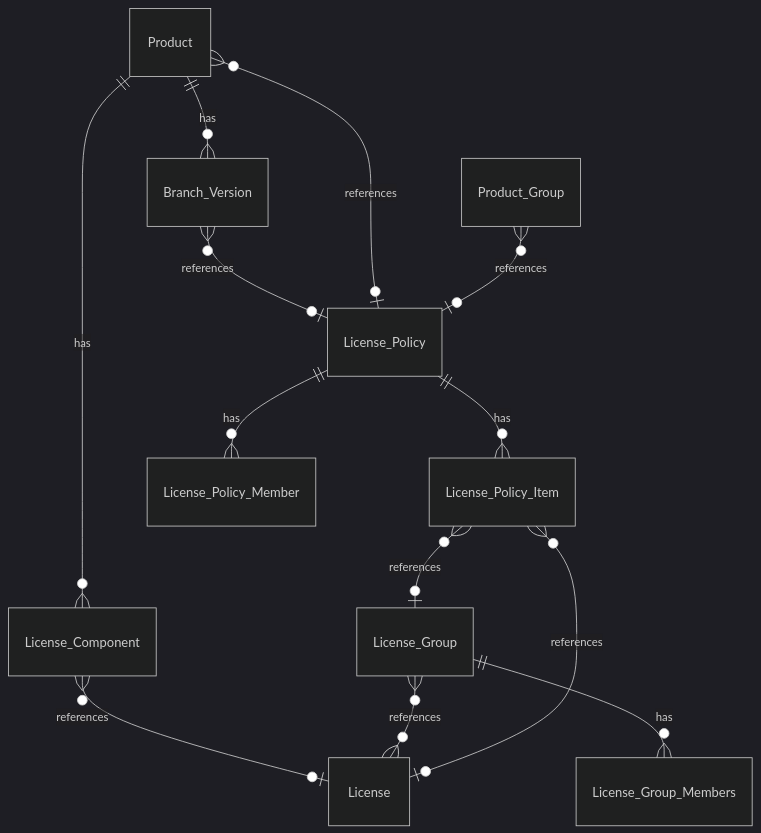
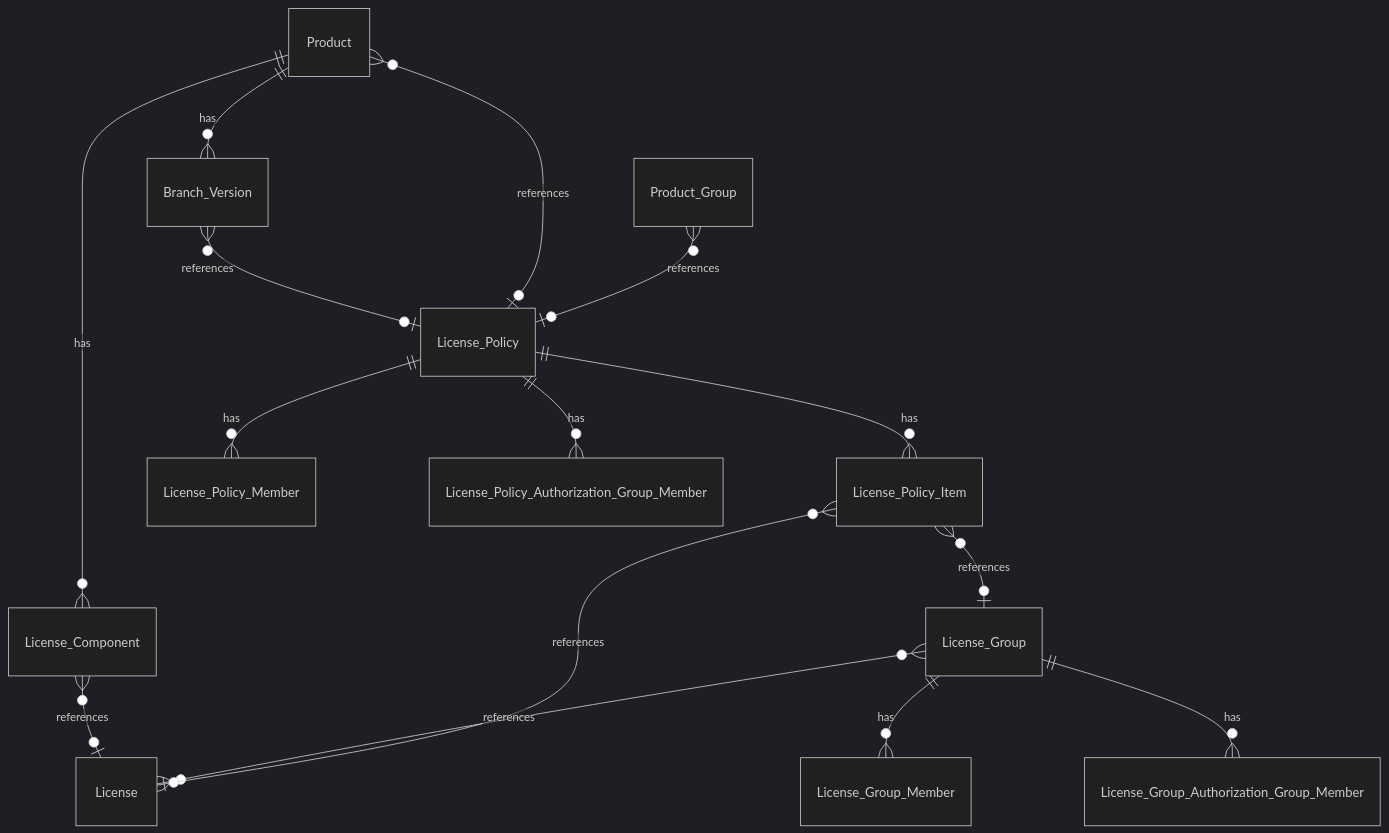
Before and after one commit to MaibornWolff/SecObserve: the second of 2 diagrams in docs/getting_started/data_model.md, drawn with Mermaid (dark theme). The commit also changed other lines of this file and 1 other file, not shown here.

Commit message:
chore: documentation for authorization groups in license management (#2166)

````diff
--- a/docs/getting_started/data_model.md
+++ b/docs/getting_started/data_model.md
@@ -79,15 +85,17 @@
 ``` mermaid
 erDiagram
     Product ||--o{ Branch_Version : has
     Product ||--o{ License_Component : has
     Branch_Version }o--o| License_Policy : references
     Product }o--o| License_Policy : references
     Product_Group }o--o| License_Policy : references
     License_Component }o--o| License : references
     License_Policy ||--o{ License_Policy_Item : has
     License_Policy ||--o{ License_Policy_Member : has
+    License_Policy ||--o{ License_Policy_Authorization_Group_Member : has
     License_Group }o--o{ License : references
-    License_Group ||--o{ License_Group_Members : has
+    License_Group ||--o{ License_Group_Member : has
+    License_Group ||--o{ License_Group_Authorization_Group_Member : has
     License_Policy_Item }o--o| License : references
     License_Policy_Item }o--o| License_Group : references
 ```
````
